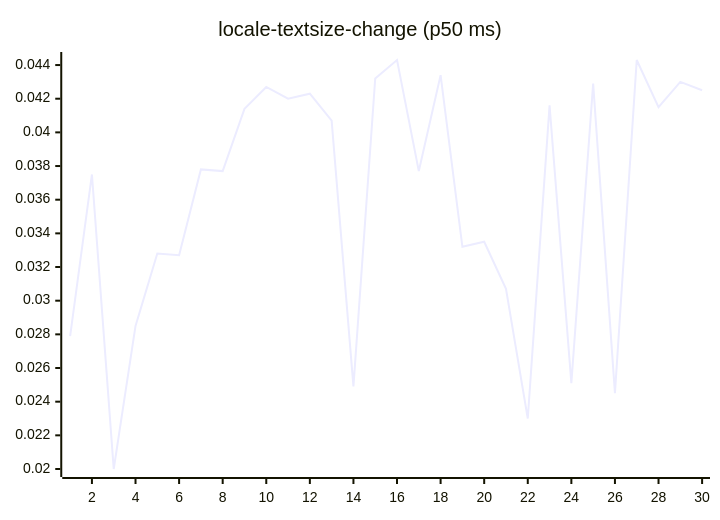
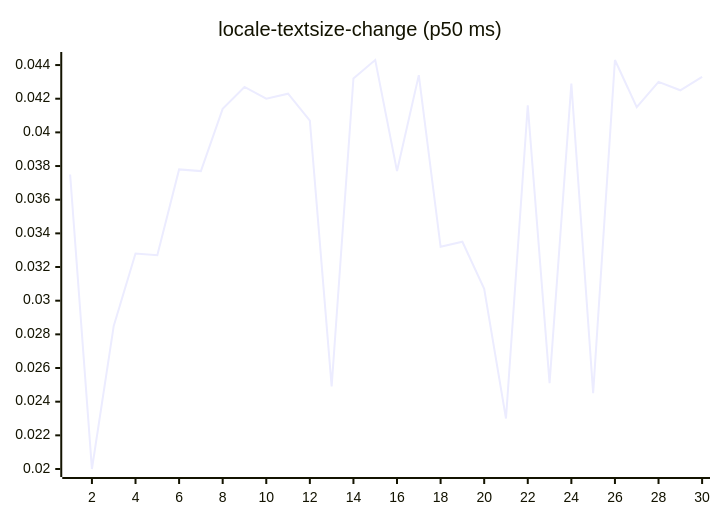
Before and after one commit to josha/Facet: diagram 13 of 27 in README.md, drawn with Mermaid. The commit also changed other lines of this file and 2 other files, not shown here.

````diff
--- a/README.md
+++ b/README.md
@@ -147,6 +147,6 @@
 ```mermaid
 xychart-beta
     title "locale-textsize-change (p50 ms)"
     x-axis 1 --> 30
-    line [0.0279, 0.0375, 0.0200, 0.0285, 0.0328, 0.0327, 0.0378, 0.0377, 0.0414, 0.0427, 0.0420, 0.0423, 0.0407, 0.0249, 0.0432, 0.0443, 0.0377, 0.0434, 0.0332, 0.0335, 0.0307, 0.0230, 0.0416, 0.0251, 0.0429, 0.0245, 0.0443, 0.0415, 0.0430, 0.0425]
+    line [0.0375, 0.0200, 0.0285, 0.0328, 0.0327, 0.0378, 0.0377, 0.0414, 0.0427, 0.0420, 0.0423, 0.0407, 0.0249, 0.0432, 0.0443, 0.0377, 0.0434, 0.0332, 0.0335, 0.0307, 0.0230, 0.0416, 0.0251, 0.0429, 0.0245, 0.0443, 0.0415, 0.0430, 0.0425, 0.0433]
 ```
````
